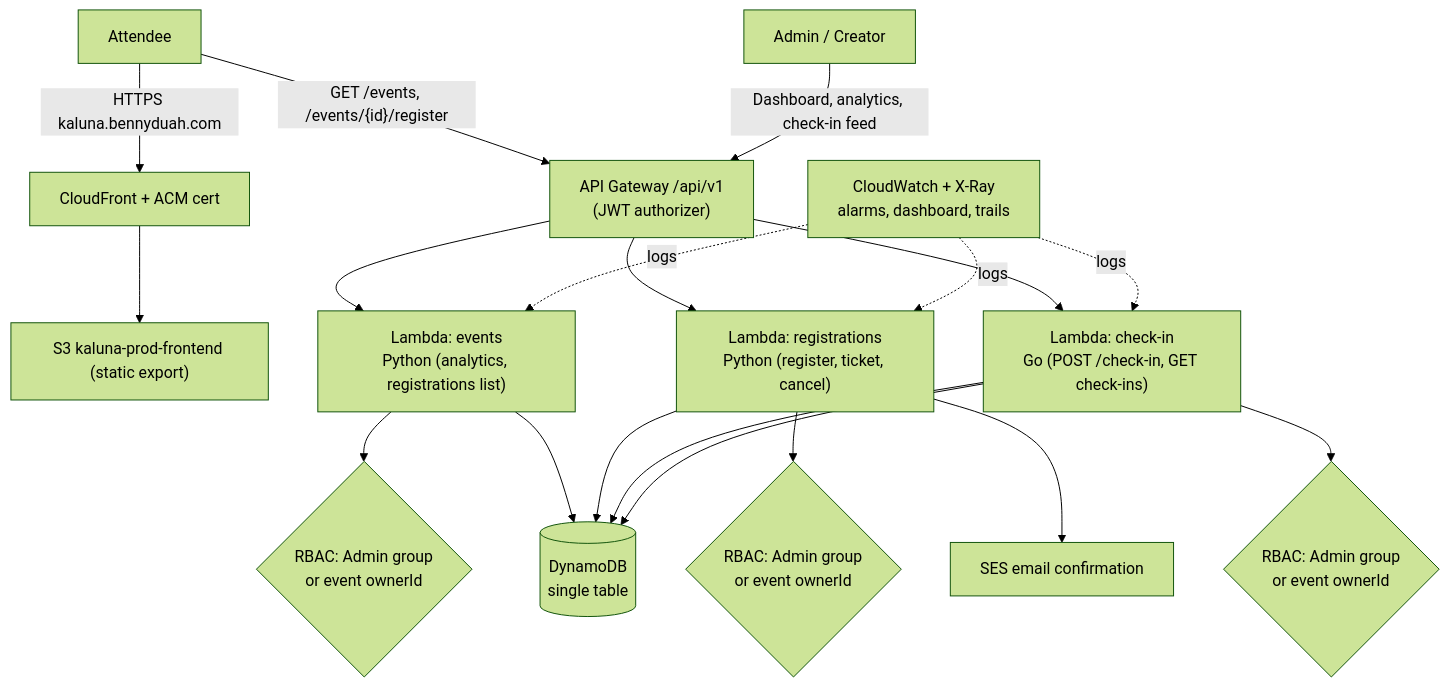
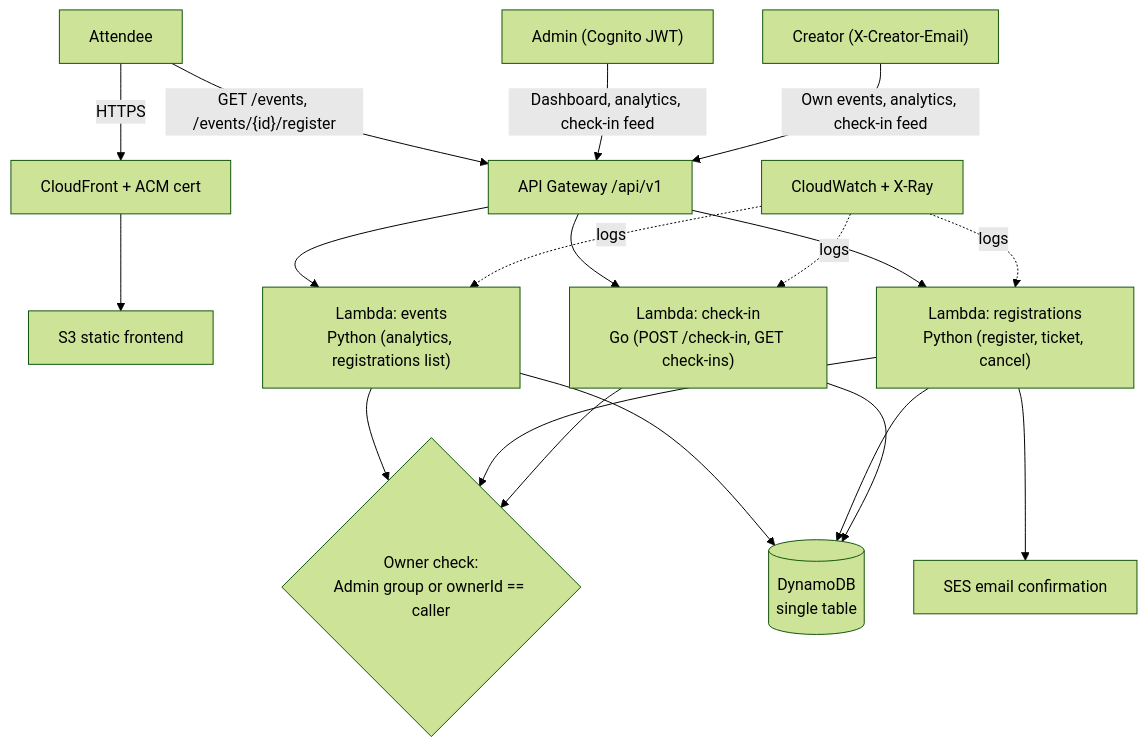
The diagram in README.md (theimaginaryangel/kaluna), drawn with Mermaid (forest theme) before and after one commit. The commit also changed other lines of this file and 14 other files, not shown here.

Commit message:
feat: password-less creator console with email-scoped sessions, backend scoping, and docs

````diff
--- a/README.md
+++ b/README.md
@@ -44,26 +36,26 @@
 ```mermaid
 flowchart TB
-    User["Attendee"] -->|"HTTPS kaluna.bennyduah.com"| CF["CloudFront + ACM cert"]
-    CF --> S3["S3 kaluna-prod-frontend (static export)"]
+    User["Attendee"] -->|"HTTPS"| CF["CloudFront + ACM cert"]
+    CF --> S3["S3 static frontend"]
 
-    User -->|"GET /events, /events/{id}/register"| APIGW["API Gateway /api/v1<br/>(JWT authorizer)"]
-    Admin["Admin / Creator"] -->|"Dashboard, analytics, check-in feed"| APIGW
+    User -->|"GET /events, /events/{id}/register"| APIGW["API Gateway /api/v1"]
+    Admin["Admin (Cognito JWT)"] -->|"Dashboard, analytics, check-in feed"| APIGW
+    Creator["Creator (X-Creator-Email)"] -->|"Own events, analytics, check-in feed"| APIGW
 
     APIGW --> Evts["Lambda: events<br/>Python (analytics, registrations list)"]
     APIGW --> Regs["Lambda: registrations<br/>Python (register, ticket, cancel)"]
     APIGW --> Chk["Lambda: check-in<br/>Go (POST /check-in, GET check-ins)"]
 
-    Evts --> RBAC{"RBAC: Admin group<br/>or event ownerId"}
-    Regs --> RBAC2{"RBAC: Admin group<br/>or event ownerId"}
-    Chk --> RBAC3{"RBAC: Admin group<br/>or event ownerId"}
+    Evts --> RBAC{"Owner check:<br/>Admin group or ownerId == caller"}
+    Regs --> RBAC
+    Chk --> RBAC
 
     Evts --> DDB[("DynamoDB<br/>single table")]
     Regs --> DDB
     Chk --> DDB
     Regs --> SES["SES email confirmation"]
-    Chk --> DDB
 
-    CFW["CloudWatch + X-Ray<br/>alarms, dashboard, trails"] -. logs .-> Evts
+    CFW["CloudWatch + X-Ray"] -. logs .-> Evts
     CFW -. logs .-> Regs
     CFW -. logs .-> Chk
 ```
````
